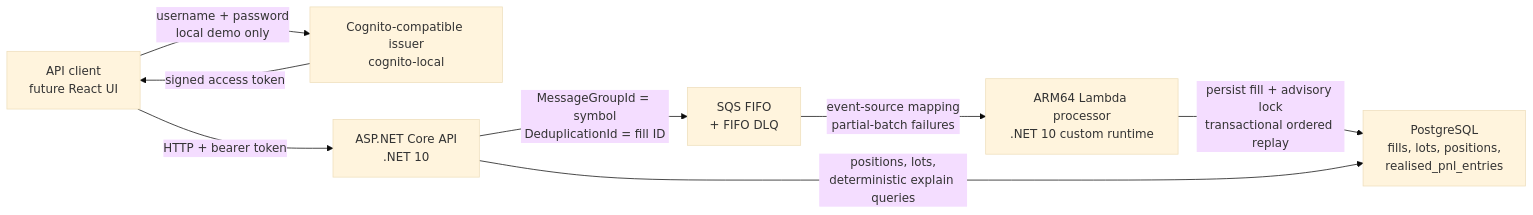
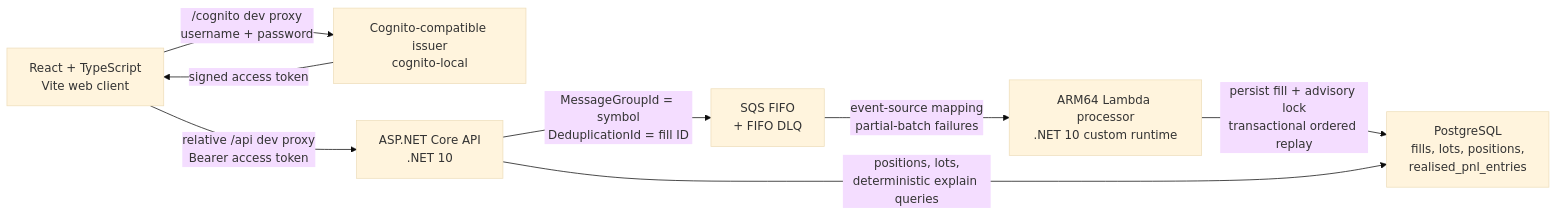
The diagram in README.md (gareth-britannic/trade-ledger-demo), drawn with Mermaid (base theme) before and after one commit. The commit also changed other lines of this file and 84 other files, not shown here.

````diff
--- a/README.md
+++ b/README.md
@@ -87,10 +88,10 @@
 ```mermaid
 flowchart LR
-    Client["API client<br/>future React UI"] -->|"username + password<br/>local demo only"| Cognito["Cognito-compatible issuer<br/>cognito-local"]
-    Cognito -->|"signed access token"| Client
-    Client -->|"HTTP + bearer token"| API["ASP.NET Core API<br/>.NET 10"]
+    Web["React + TypeScript<br/>Vite web client"] -->|"/cognito dev proxy<br/>username + password"| Cognito["Cognito-compatible issuer<br/>cognito-local"]
+    Cognito -->|"signed access token"| Web
+    Web -->|"relative /api dev proxy<br/>Bearer access token"| API["ASP.NET Core API<br/>.NET 10"]
     API -->|"MessageGroupId = symbol<br/>DeduplicationId = fill ID"| Queue["SQS FIFO<br/>+ FIFO DLQ"]
     Queue -->|"event-source mapping<br/>partial-batch failures"| Processor["ARM64 Lambda processor<br/>.NET 10 custom runtime"]
     Processor -->|"persist fill + advisory lock<br/>transactional ordered replay"| DB["PostgreSQL<br/>fills, lots, positions,<br/>realised_pnl_entries"]
     API -->|"positions, lots,<br/>deterministic explain queries"| DB
 ```
````
